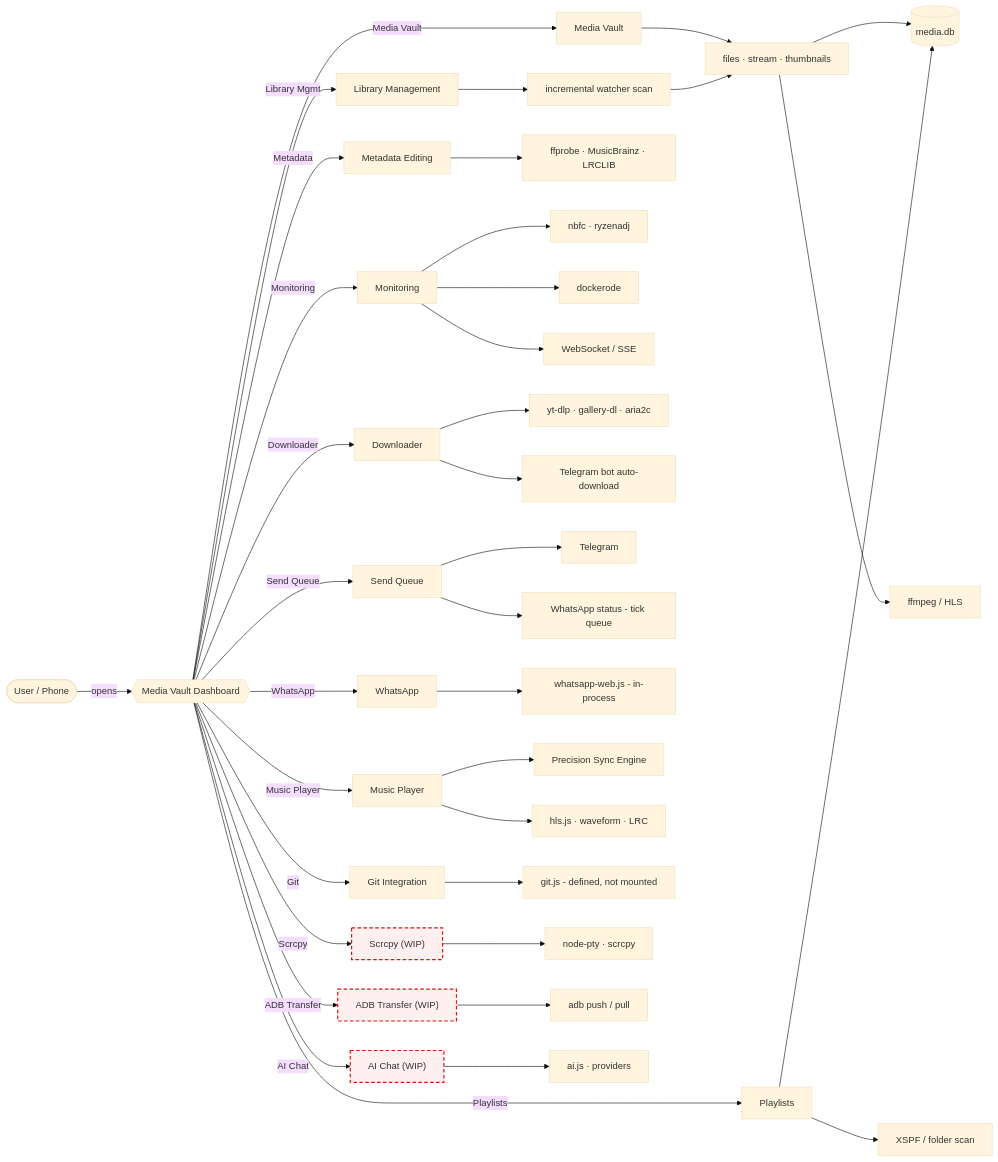
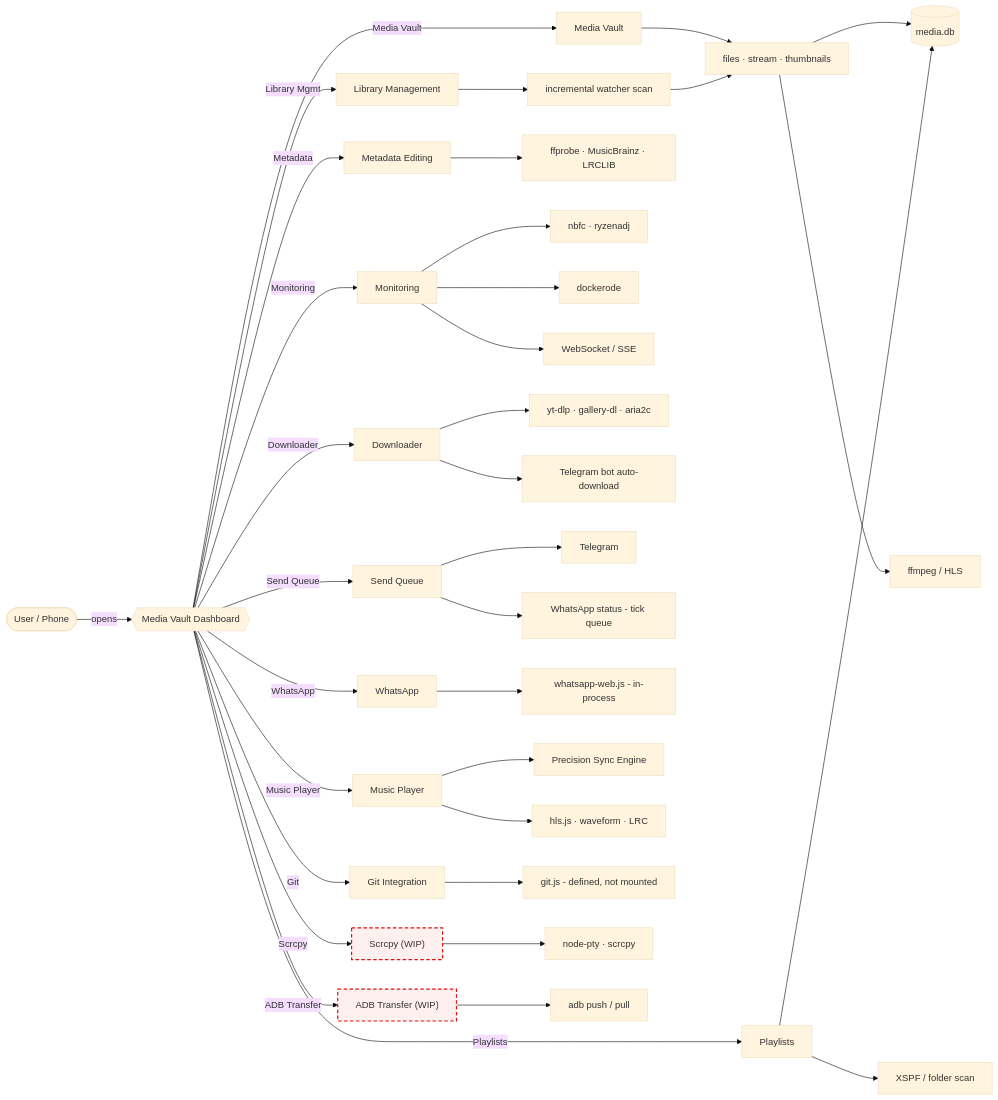
The diagram in README.md (NE2KO/Neko2Neko), drawn with Mermaid (base theme) before and after one commit. The commit also changed other lines of this file, not shown here.

````diff
--- a/README.md
+++ b/README.md
@@ -107,51 +105,49 @@
 ```mermaid
 flowchart LR
     U([User / Phone]) -->|opens| DASH{{Media Vault Dashboard}}
 
     DASH -->|Media Vault| MV[Media Vault]
     MV --> FILES[files · stream · thumbnails]
     FILES --> DB[(media.db)]
     FILES --> FF[ffmpeg / HLS]
 
     DASH -->|Library Mgmt| LIB[Library Management]
     LIB --> SCAN[incremental watcher scan]
     SCAN --> FILES
 
     DASH -->|Playlists| PL[Playlists]
     PL --> XSPF[XSPF / folder scan]
     PL --> DB
 
     DASH -->|Metadata| MD[Metadata Editing]
     MD --> FP[ffprobe · MusicBrainz · LRCLIB]
 
     DASH -->|Monitoring| MON[Monitoring]
     MON --> NB[nbfc · ryzenadj]
     MON --> DK[dockerode]
     MON --> WS[WebSocket / SSE]
 
     DASH -->|Downloader| DL[Downloader]
     DL --> YT[yt-dlp · gallery-dl · aria2c]
     DL --> TG1[Telegram bot auto-download]
 
     DASH -->|Send Queue| SQ[Send Queue]
     SQ --> TG[Telegram]
     SQ --> WAQ[WhatsApp status - tick queue]
 
     DASH -->|WhatsApp| WA[WhatsApp]
     WA --> WB[whatsapp-web.js - in-process]
 
     DASH -->|Music Player| MUS[Music Player]
     MUS --> SYNC[Precision Sync Engine]
     MUS --> HLSh[hls.js · waveform · LRC]
 
     DASH -->|Git| GIT[Git Integration]
     GIT --> GR[git.js - defined, not mounted]
 
     classDef wip fill:#fff0f0,stroke:#d11,stroke-width:2px,stroke-dasharray:6 4;
     DASH -->|Scrcpy| SCR["Scrcpy (WIP)"]
     SCR:::wip --> PTY[node-pty · scrcpy]
     DASH -->|ADB Transfer| ADB["ADB Transfer (WIP)"]
     ADB:::wip --> ADBT[adb push / pull]
-    DASH -->|AI Chat| AIC["AI Chat (WIP)"]
-    AIC:::wip --> AIS[ai.js · providers]
 ```
````
